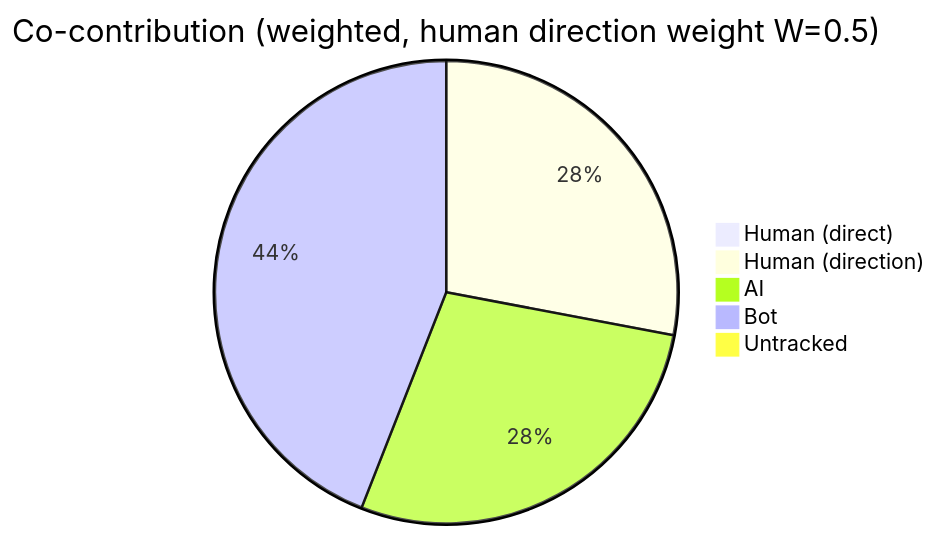
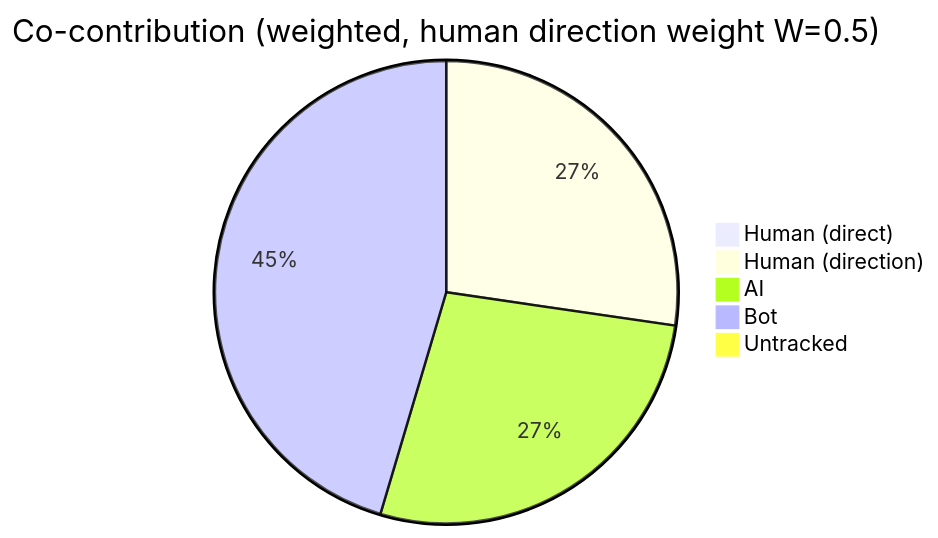
The first of 4 diagrams in AI-AUTHORSHIP.md (CaliMark/ai-authorship), drawn with Mermaid before and after one commit. The commit also changed other lines of this file and 1 other file, not shown here.

````diff
--- a/AI-AUTHORSHIP.md
+++ b/AI-AUTHORSHIP.md
@@ -23,8 +23,8 @@
 ```mermaid
 pie title Co-contribution (weighted, human direction weight W=0.5)
     "Human (direct)" : 0
-    "Human (direction)" : 1538
-    "AI" : 1538
-    "Bot" : 2421
+    "Human (direction)" : 1522
+    "AI" : 1521
+    "Bot" : 2531
     "Untracked" : 0
 ```
````
